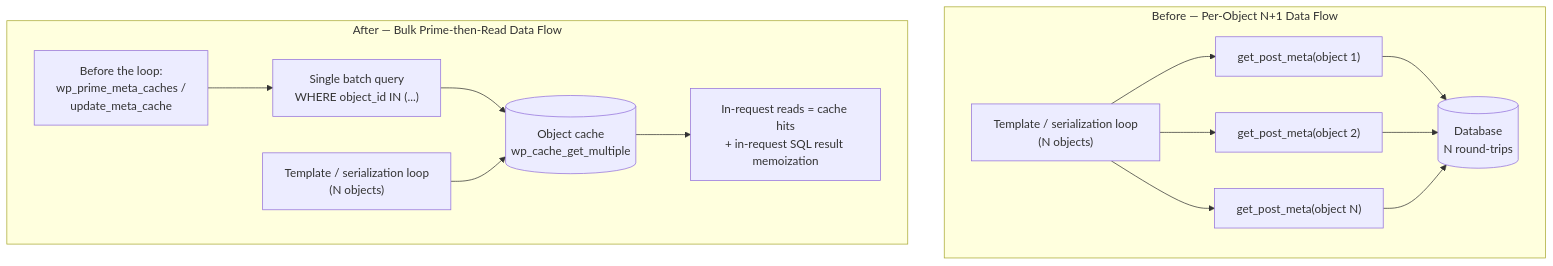
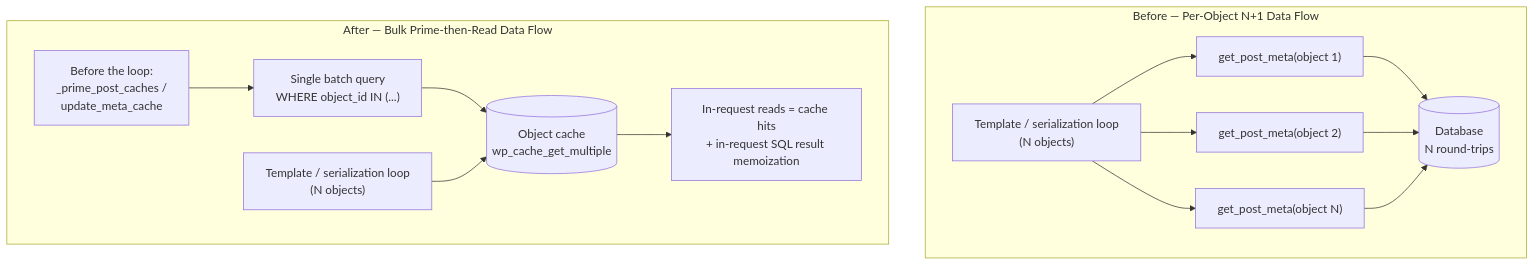
Before and after one commit to Blitzy-Sandbox/blitzy-wordpress: the sixth of 6 diagrams in docs/technical-specifications.md, drawn with Mermaid. The commit also changed other lines of this file and 1 other file, not shown here.

First line of the commit message:
docs: correct cache-priming API references and make architecture diagram legends visible

````diff
--- a/docs/technical-specifications.md
+++ b/docs/technical-specifications.md
@@ -603,20 +603,20 @@
 ```mermaid
 graph TD
     %% LEGEND: top subgraph = BEFORE (N+1 — one DB round-trip per object); bottom subgraph = AFTER (one bulk prime, then cache reads).
     %% Both states are shown together — this is a before/after data-flow diagram, not target-only.
     subgraph Before["Before — Per-Object N+1 Data Flow"]
         BL["Template / serialization loop<br/>(N objects)"] --> BQ1["get_post_meta(object 1)"]
         BL --> BQ2["get_post_meta(object 2)"]
         BL --> BQn["get_post_meta(object N)"]
         BQ1 --> BDB[("Database<br/>N round-trips")]
         BQ2 --> BDB
         BQn --> BDB
     end
 
     subgraph After["After — Bulk Prime-then-Read Data Flow"]
-        AP["Before the loop:<br/>wp_prime_meta_caches /<br/>update_meta_cache"] --> AB["Single batch query<br/>WHERE object_id IN (...)"]
+        AP["Before the loop:<br/>_prime_post_caches /<br/>update_meta_cache"] --> AB["Single batch query<br/>WHERE object_id IN (...)"]
         AB --> AC[("Object cache<br/>wp_cache_get_multiple")]
         AL["Template / serialization loop<br/>(N objects)"] --> AC
         AC --> AR["In-request reads = cache hits<br/>+ in-request SQL result memoization"]
     end
 ```
````
